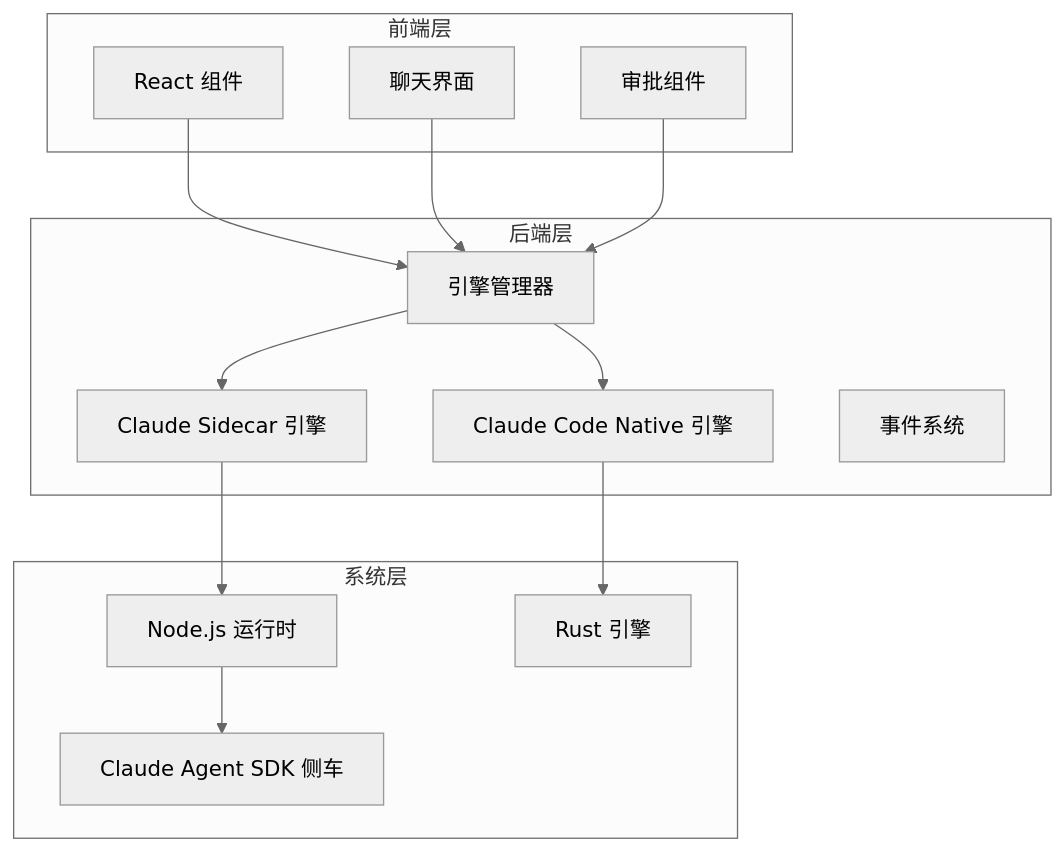
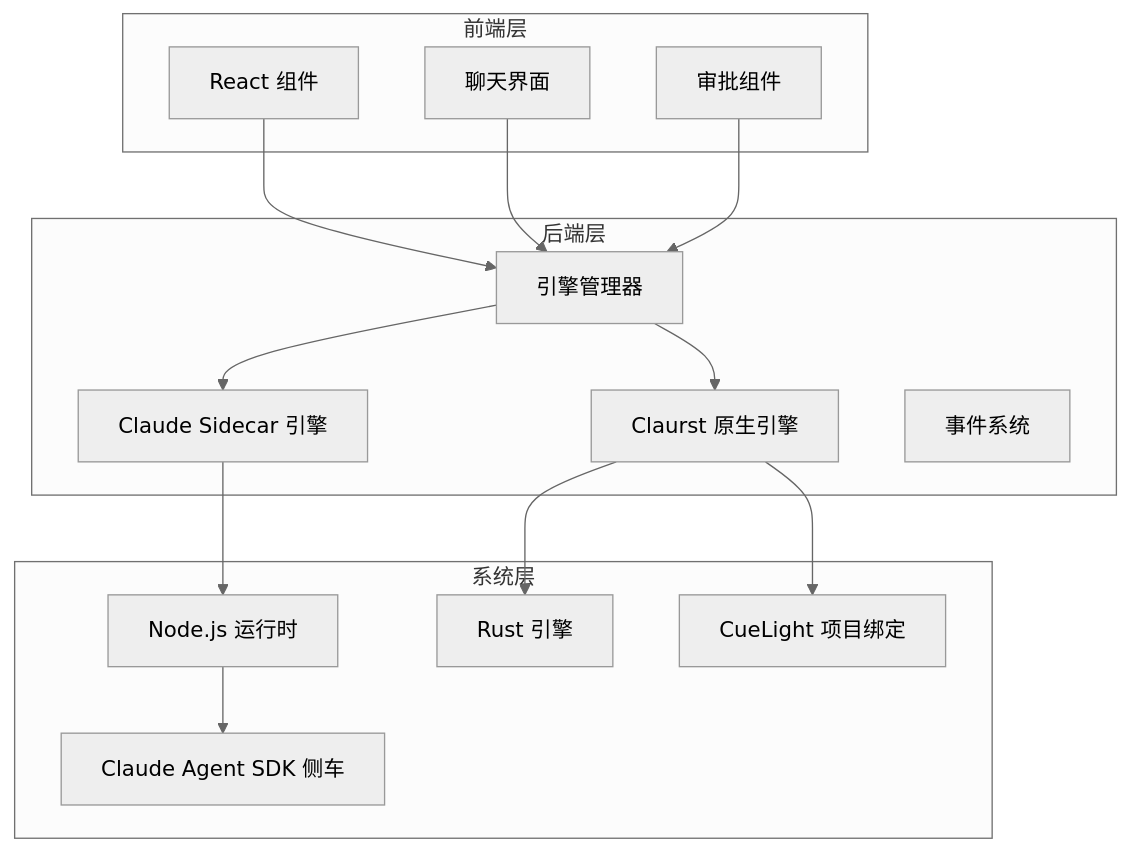
Before and after one commit to yattin/panes: the first of 13 diagrams in .qoder/repowiki/zh/content/AI 引擎管理/Claude 引擎集成.md, drawn with Mermaid (neutral theme). The commit also changed other lines of this file and 45 other files, not shown here.

````diff
--- a/.qoder/repowiki/zh/content/AI 引擎管理/Claude 引擎集成.md
+++ b/.qoder/repowiki/zh/content/AI 引擎管理/Claude 引擎集成.md
@@ -40,27 +47,29 @@
 ```mermaid
 graph TB
 subgraph "前端层"
 UI[React 组件]
 Chat[聊天界面]
 Approval[审批组件]
 end
 subgraph "后端层"
 EngineManager[引擎管理器]
 ClaudeSidecar[Claude Sidecar 引擎]
-ClaudeNative[Claude Code Native 引擎]
+ClaurstNative[Claurst 原生引擎]
 Events[事件系统]
 end
 subgraph "系统层"
 NodeJS[Node.js 运行时]
 Sidecar[Claude Agent SDK 侧车]
 Rust[Rust 引擎]
+CueLight[CueLight 项目绑定]
 end
 UI --> EngineManager
 Chat --> EngineManager
 Approval --> EngineManager
 EngineManager --> ClaudeSidecar
-EngineManager --> ClaudeNative
+EngineManager --> ClaurstNative
 ClaudeSidecar --> NodeJS
 NodeJS --> Sidecar
-ClaudeNative --> Rust
+ClaurstNative --> Rust
+ClaurstNative --> CueLight
 ```
````
